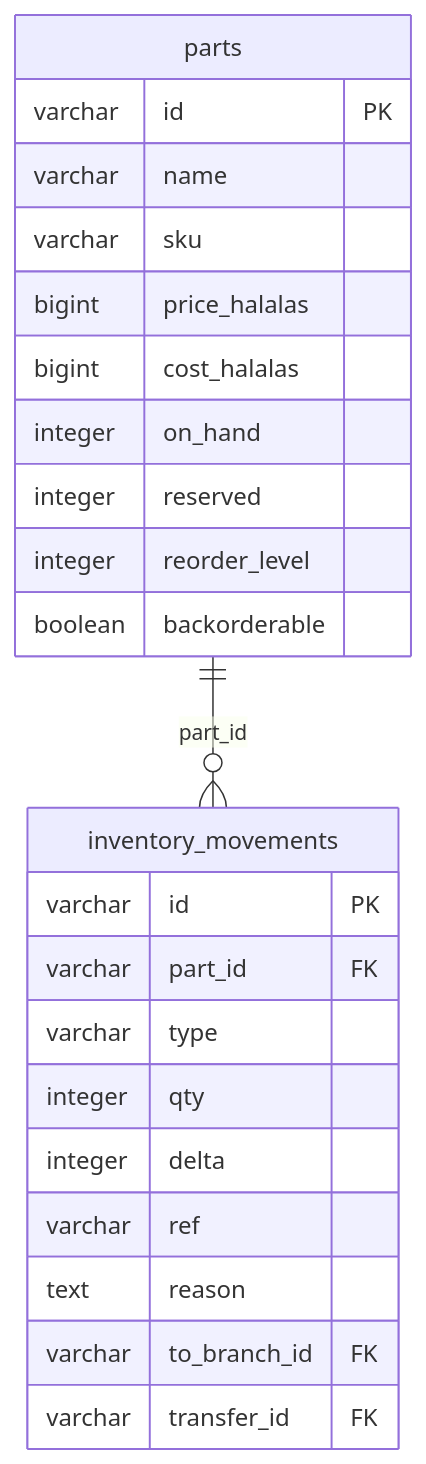
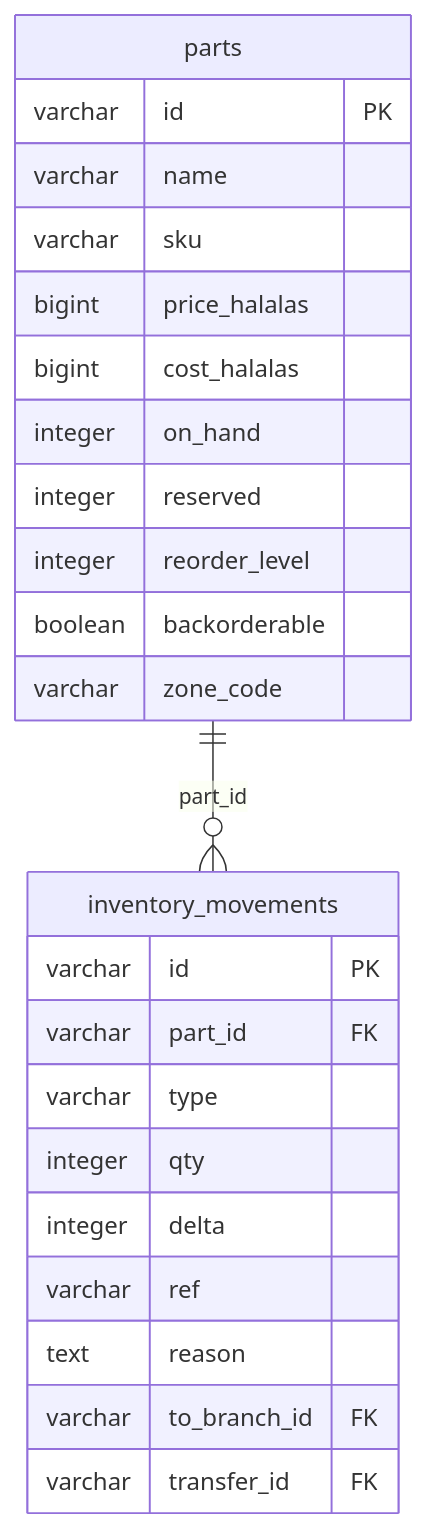
One commit to tazamohd/SlClNe changed the diagram in docs/33_MASTER_DIAGRAM_LIBRARY/ERD/INVENTORY_ERD.md. Above: the diagram before and after it, drawn with Mermaid. The commit also changed 65 other files, not shown here.

````diff
--- a/docs/33_MASTER_DIAGRAM_LIBRARY/ERD/INVENTORY_ERD.md
+++ b/docs/33_MASTER_DIAGRAM_LIBRARY/ERD/INVENTORY_ERD.md
@@ -15,26 +15,27 @@
 ```mermaid
 erDiagram
   parts {
     varchar id PK
     varchar name
     varchar sku
     bigint price_halalas
     bigint cost_halalas
     integer on_hand
     integer reserved
     integer reorder_level
     boolean backorderable
+    varchar zone_code
   }
   inventory_movements {
     varchar id PK
     varchar part_id FK
     varchar type
     integer qty
     integer delta
     varchar ref
     text reason
     varchar to_branch_id FK
     varchar transfer_id FK
   }
   parts ||--o{ inventory_movements : "part_id"
 ```
````
